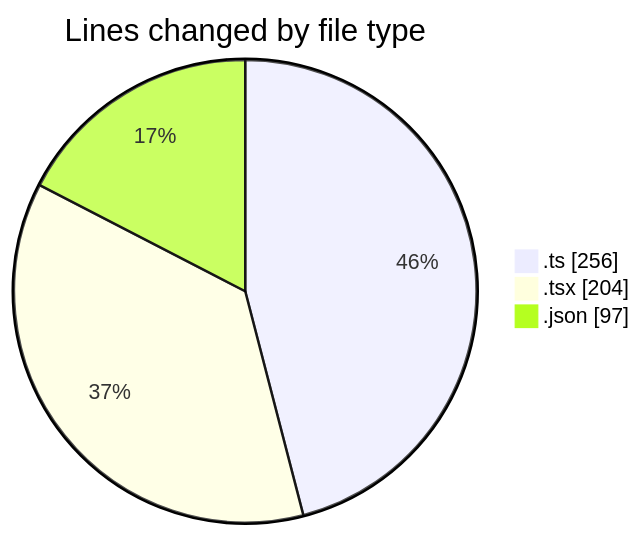
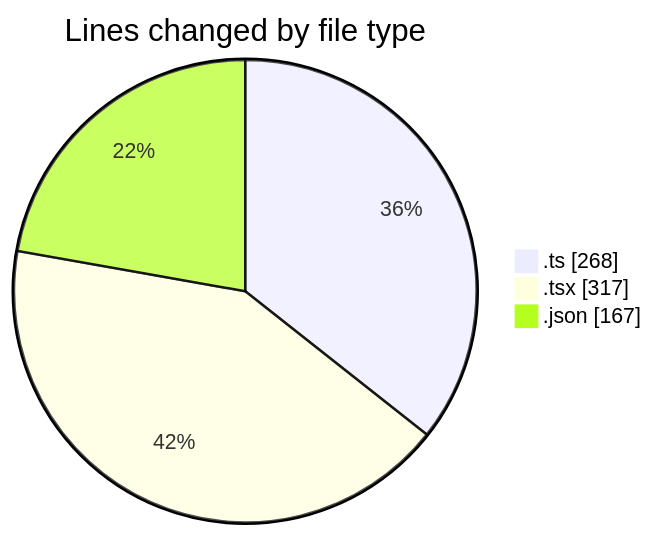
The first of 2 diagrams in 2026-05-07/cda/README.md (momahboobian/code-tracking), drawn with Mermaid before and after one commit. The commit also changed other lines of this file and 1 other file, not shown here.

````diff
--- a/2026-05-07/cda/README.md
+++ b/2026-05-07/cda/README.md
@@ -26,7 +29,7 @@
 ```mermaid
 pie showData
 title Lines changed by file type
-".ts" : 256
-".tsx" : 204
-".json" : 97
+".ts" : 268
+".tsx" : 317
+".json" : 167
 ```
````
